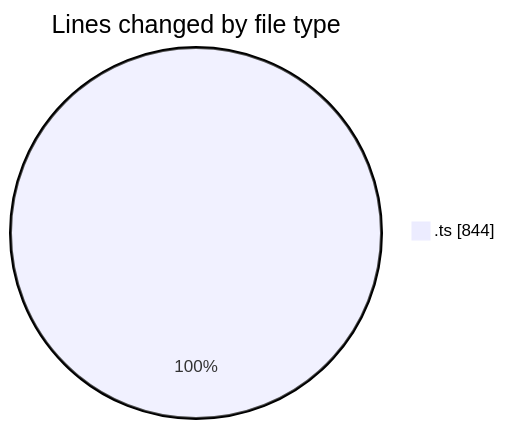
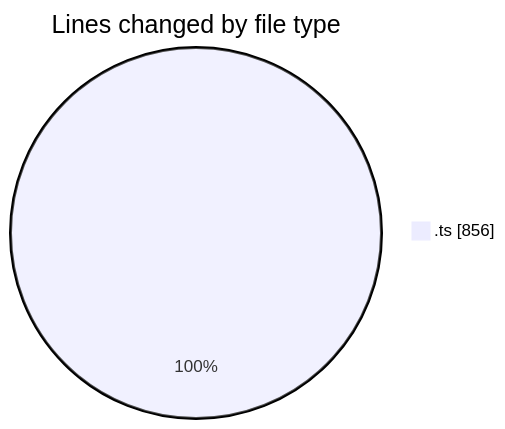
The first of 2 diagrams in 2026-02-09/singularitybrainai/README.md (tmsrecording-cyber/code-tracking), drawn with Mermaid before and after one commit. The commit also changed other lines of this file and 1 other file, not shown here.

````diff
--- a/2026-02-09/singularitybrainai/README.md
+++ b/2026-02-09/singularitybrainai/README.md
@@ -24,5 +24,5 @@
 ```mermaid
 pie showData
 title Lines changed by file type
-".ts" : 844
+".ts" : 856
 ```
````
